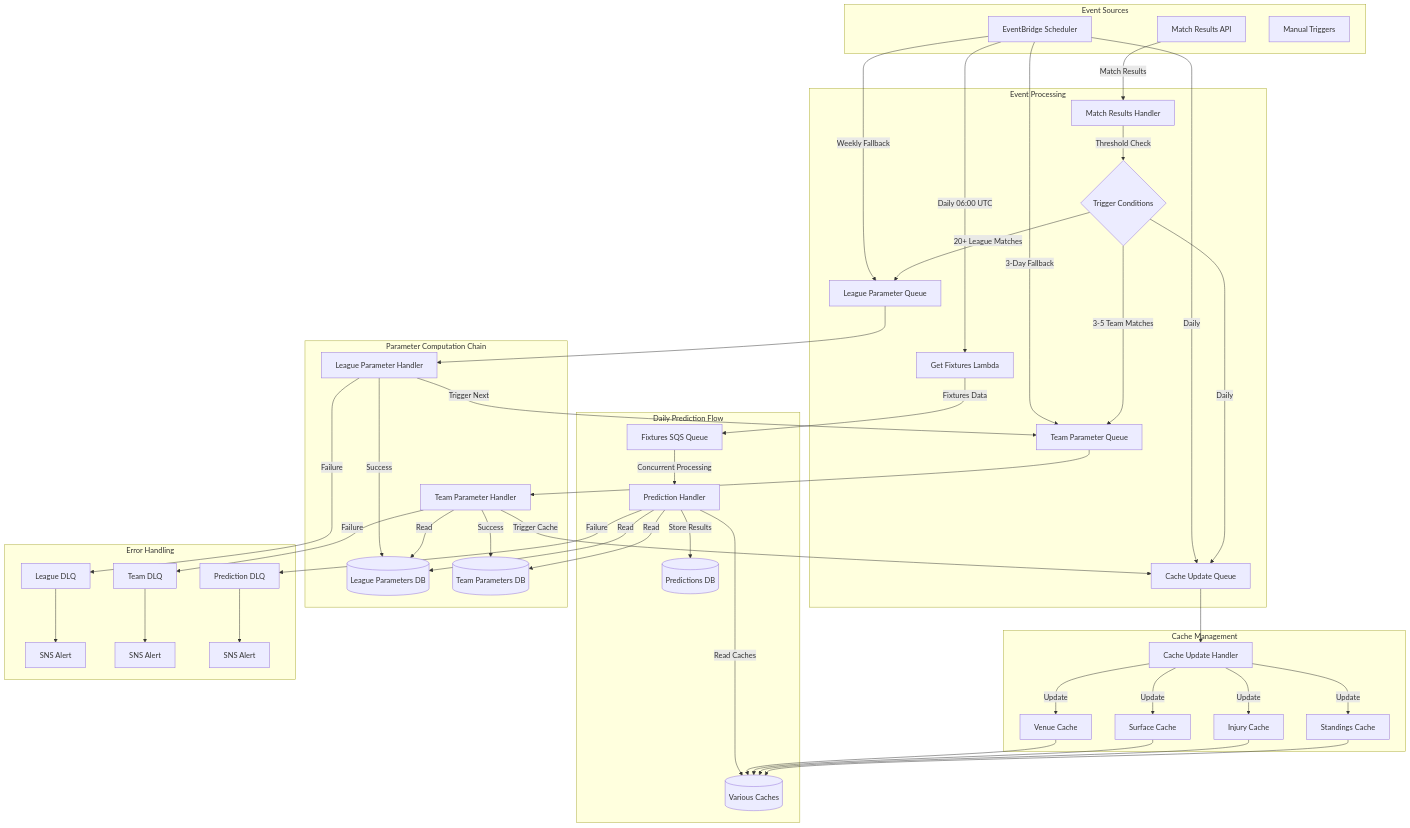
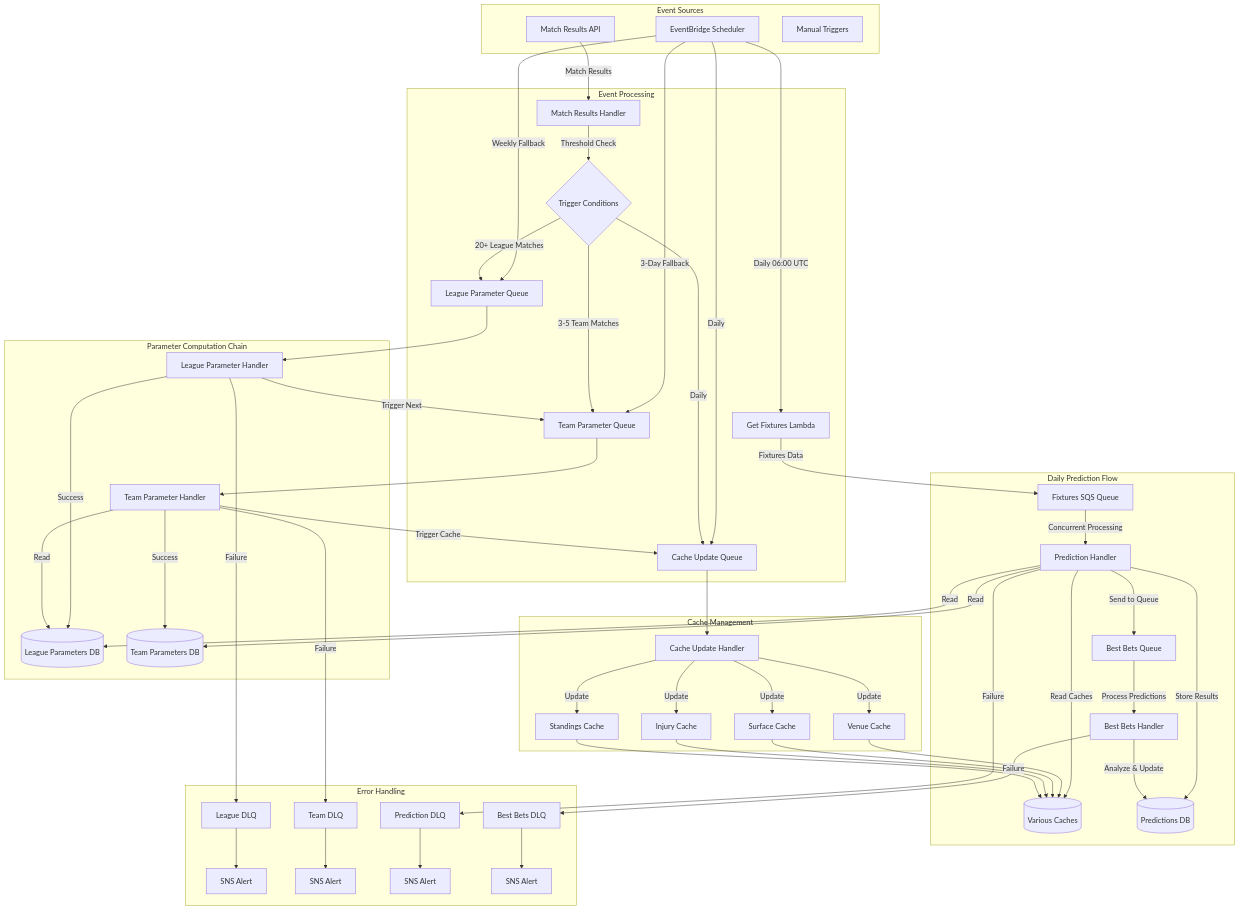
The first of 4 diagrams in docs/architecture/EVENT_DRIVEN_PREDICTION_SYSTEM_ARCHITECTURE.md (aizukanne/football-fixture-predictions), drawn with Mermaid before and after one commit. The commit also changed other lines of this file and 15 other files, not shown here.

First line of the commit message:
feat: Deploy API Gateway and integrate Best Bets Handler

````diff
--- a/docs/architecture/EVENT_DRIVEN_PREDICTION_SYSTEM_ARCHITECTURE.md
+++ b/docs/architecture/EVENT_DRIVEN_PREDICTION_SYSTEM_ARCHITECTURE.md
@@ -34,64 +34,70 @@
 ```mermaid
 graph TB
     subgraph "Event Sources"
         EB[EventBridge Scheduler]
         API[Match Results API]
         MT[Manual Triggers]
     end
 
     subgraph "Event Processing"
         EB -->|Daily 06:00 UTC| GF[Get Fixtures Lambda]
         EB -->|Weekly Fallback| LPQ[League Parameter Queue]
         EB -->|3-Day Fallback| TPQ[Team Parameter Queue]
         EB -->|Daily| CUQ[Cache Update Queue]
         
         API -->|Match Results| MRH[Match Results Handler]
         MRH -->|Threshold Check| TC{Trigger Conditions}
         TC -->|20+ League Matches| LPQ
         TC -->|3-5 Team Matches| TPQ
         TC -->|Daily| CUQ
     end
 
     subgraph "Parameter Computation Chain"
         LPQ --> LPH[League Parameter Handler]
         LPH -->|Success| LPDB[(League Parameters DB)]
         LPH -->|Trigger Next| TPQ
         
         TPQ --> TPH[Team Parameter Handler]
         TPH -->|Read| LPDB
         TPH -->|Success| TPDB[(Team Parameters DB)]
         TPH -->|Trigger Cache| CUQ
     end
 
     subgraph "Daily Prediction Flow"
         GF -->|Fixtures Data| FQ[Fixtures SQS Queue]
         FQ -->|Concurrent Processing| PH[Prediction Handler]
         PH -->|Read| LPDB
         PH -->|Read| TPDB
         PH -->|Read Caches| CACHES[(Various Caches)]
         PH -->|Store Results| PREDDB[(Predictions DB)]
+        PH -->|Send to Queue| BBQ[Best Bets Queue]
+
+        BBQ -->|Process Predictions| BBH[Best Bets Handler]
+        BBH -->|Analyze & Update| PREDDB
     end
 
     subgraph "Cache Management"
         CUQ --> CUH[Cache Update Handler]
         CUH -->|Update| VC[Venue Cache]
         CUH -->|Update| SC[Surface Cache]
         CUH -->|Update| IC[Injury Cache]
         CUH -->|Update| STAC[Standings Cache]
         
         VC --> CACHES
         SC --> CACHES
         IC --> CACHES
         STAC --> CACHES
     end
 
     subgraph "Error Handling"
         LPH -->|Failure| DLQ1[League DLQ]
         TPH -->|Failure| DLQ2[Team DLQ]
         PH -->|Failure| DLQ3[Prediction DLQ]
-        
+        BBH -->|Failure| DLQ4[Best Bets DLQ]
+
         DLQ1 --> SNS1[SNS Alert]
-        DLQ2 --> SNS2[SNS Alert]  
+        DLQ2 --> SNS2[SNS Alert]
         DLQ3 --> SNS3[SNS Alert]
+        DLQ4 --> SNS4[SNS Alert]
     end
 ```
````
